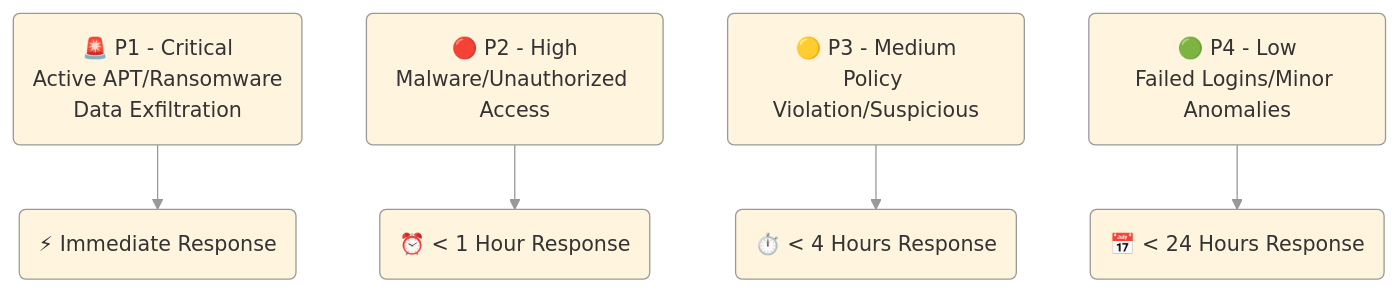
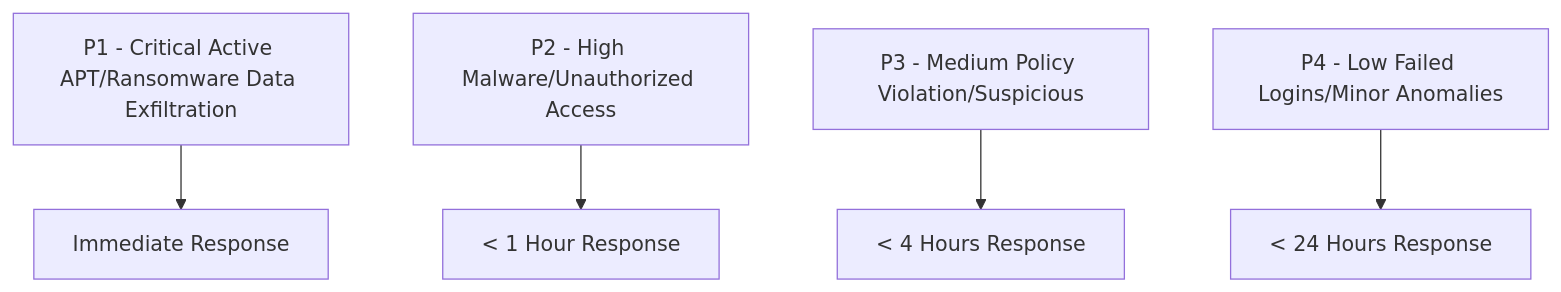
Diagram 23 of 29 in 1-Incident-Handling-Process/README.md (manojxshrestha/SOC-Analyst-Cheatsheet), drawn with Mermaid before and after one commit. The commit also changed other lines of this file, not shown here.

````diff
--- a/1-Incident-Handling-Process/README.md
+++ b/1-Incident-Handling-Process/README.md
@@ -1158,14 +1049,7 @@
 ```mermaid
-%%{init: {'theme': 'base', 'themeVariables': { 'lineColor': '#999', 'nodeBorder': '#999'}}}%%
-graph TD
-    P1(🚨 P1 - Critical<br/>Active APT/Ransomware<br/>Data Exfiltration) --> Immediate(⚡ Immediate Response)
-    P2(🔴 P2 - High<br/>Malware/Unauthorized Access) --> OneHour(⏰ < 1 Hour Response)
-    P3(🟡 P3 - Medium<br/>Policy Violation/Suspicious) --> FourHours(⏱️ < 4 Hours Response)
-    P4(🟢 P4 - Low<br/>Failed Logins/Minor Anomalies) --> TwentyFour(📅 < 24 Hours Response)
-    
-    classDef critical fill:#ffebee,stroke:#999,stroke-width:3px,rx:8,color:#333;
-    classDef high fill:#fff3e0,stroke:#999,stroke-width:2px,rx:5,color:#333;
-    classDef medium fill:#fffde7,stroke:#999,stroke-width:2px,rx:5,color:#333;
-    classDef low fill:#e8f5e9,stroke:#999,stroke-width:2px,rx:5,color:#333;
-    class P1,P2,P3,P4 critical,high,medium,low;
+flowchart TD
+    P1[P1 - Critical Active APT/Ransomware Data Exfiltration] --> Immediate[Immediate Response]
+    P2[P2 - High Malware/Unauthorized Access] --> OneHour[< 1 Hour Response]
+    P3[P3 - Medium Policy Violation/Suspicious] --> FourHours[< 4 Hours Response]
+    P4[P4 - Low Failed Logins/Minor Anomalies] --> TwentyFour[< 24 Hours Response]
 ```
````
